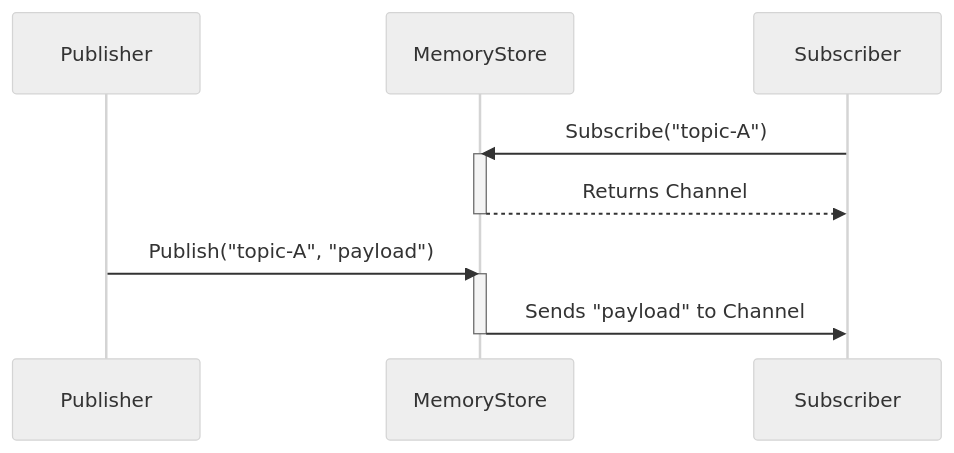
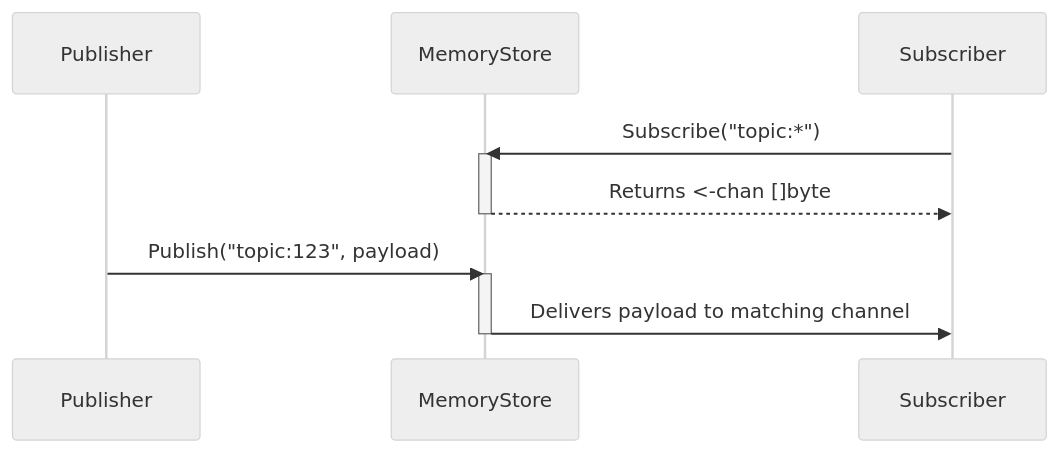
One commit to BryceWayne/MemoryStore changed the second of 2 diagrams in README.md. Above: the diagram before and after it, drawn with Mermaid (neutral theme). The commit also changed other lines of this file and 20 other files, not shown here.

````diff
--- a/README.md
+++ b/README.md
@@ -286,16 +306,16 @@
 ```mermaid
 sequenceDiagram
     participant P as Publisher
     participant MS as MemoryStore
     participant S as Subscriber
 
-    S->>MS: Subscribe("topic-A")
+    S->>MS: Subscribe("topic:*")
     activate MS
-    MS-->>S: Returns Channel
+    MS-->>S: Returns <-chan []byte
     deactivate MS
 
-    P->>MS: Publish("topic-A", "payload")
+    P->>MS: Publish("topic:123", payload)
     activate MS
-    MS->>S: Sends "payload" to Channel
+    MS->>S: Delivers payload to matching channel
     deactivate MS
 ```
````
